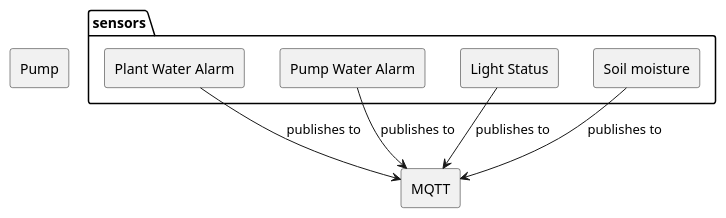
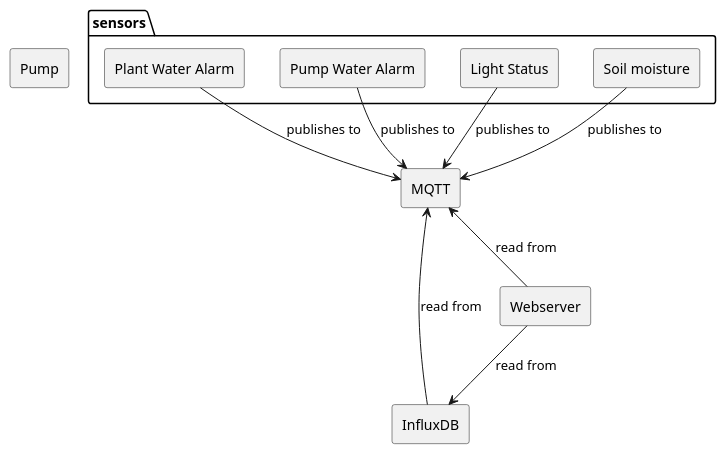
One commit to ratgen/emli_project changed the diagram in architecture/architecture.puml. Above: the diagram before and after it, drawn with PlantUML. The commit also changed 1 other file, not shown here.

```diff
--- a/architecture/architecture.puml
+++ b/architecture/architecture.puml
@@ -1,22 +1,30 @@
 @startuml
 ' Sensors
 package sensors {
   rectangle "Plant Water Alarm" as plantwa
   rectangle "Pump Water Alarm" as pumpwa
   rectangle "Light Status" as ls
   rectangle "Soil moisture" as sm
 }
 ' Actuators 
 rectangle "Pump" as pump
 
 'Message bus
 rectangle "MQTT" as mqtt
 
 
 'arrows
 plantwa --> mqtt : "publishes to"
 pumpwa --> mqtt : "publishes to"
 ls --> mqtt : "publishes to"
 sm --> mqtt : "publishes to"
 
+rectangle "InfluxDB" as influx
+rectangle "Webserver" as web
+
+mqtt <-- influx : "read from"
+mqtt <-- web : "read from"
+
+web --> influx : "read from"
+
 @enduml
```
